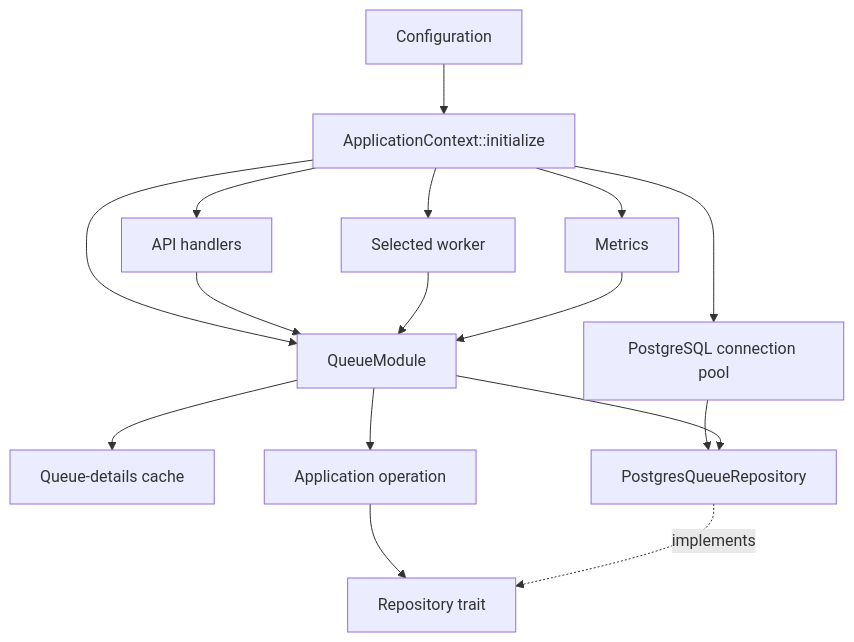
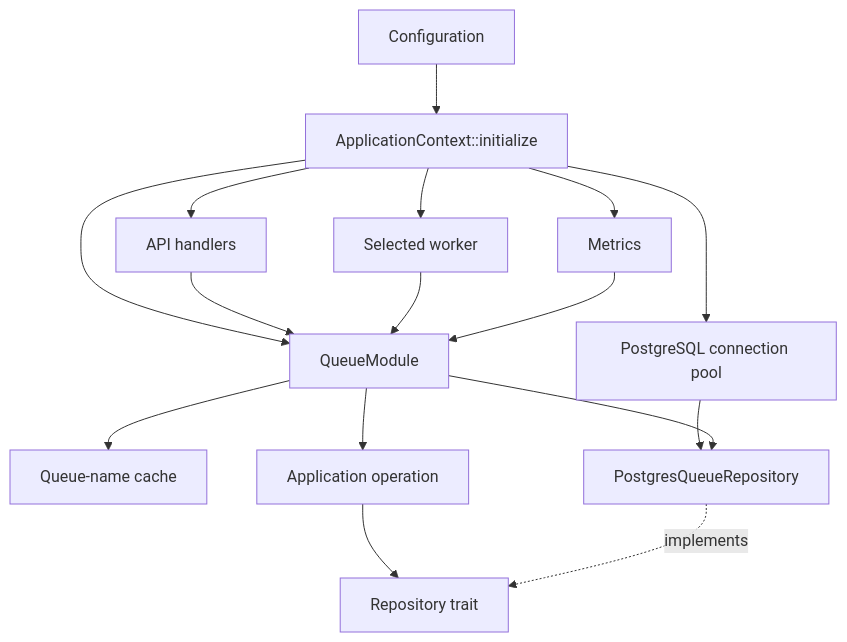
One commit to karanbalani/retsu changed the diagram in docs/codebase-guide.md. Above: the diagram before and after it, drawn with Mermaid. The commit also changed other lines of this file and 27 other files, not shown here.

Commit message:
refactor: cache immutable queue names only

````diff
--- a/docs/codebase-guide.md
+++ b/docs/codebase-guide.md
@@ -36,18 +36,18 @@
 ```mermaid
 flowchart TD
     Config["Configuration"] --> Context["ApplicationContext::initialize"]
     Context --> Pool["PostgreSQL connection pool"]
     Context --> Metrics["Metrics"]
     Context --> Queue["QueueModule"]
-    Queue --> Cache["Queue-details cache"]
+    Queue --> Cache["Queue-name cache"]
     Context --> API["API handlers"]
     Context --> Worker["Selected worker"]
     API --> Queue
     Worker --> Queue
     Queue --> Operation["Application operation"]
     Pool --> Postgres["PostgresQueueRepository"]
     Metrics --> Queue
     Queue --> Postgres
     Operation --> Contract["Repository trait"]
     Postgres -. "implements" .-> Contract
 ```
````
